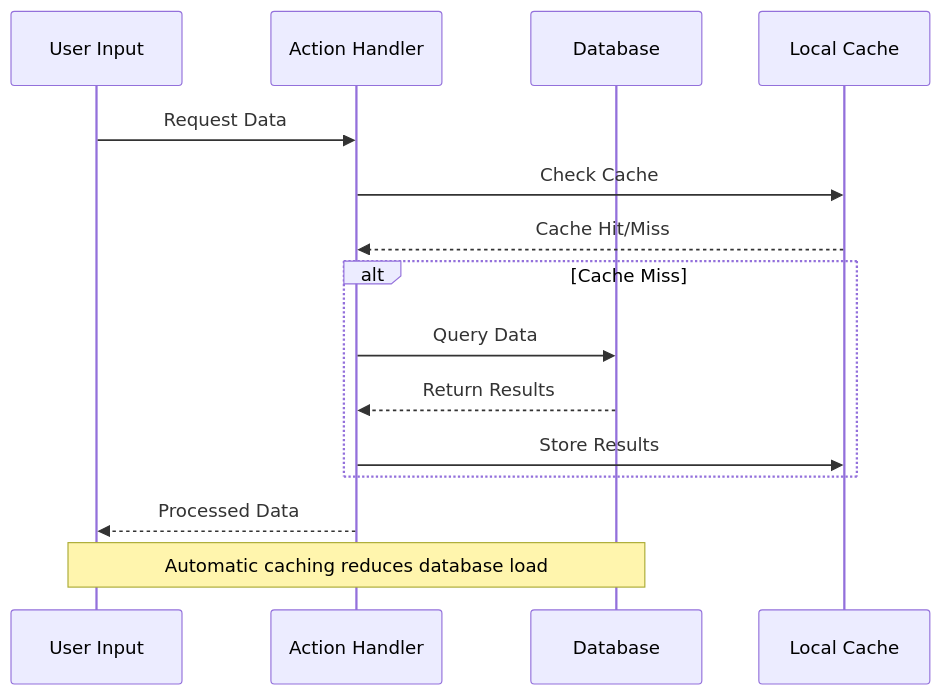
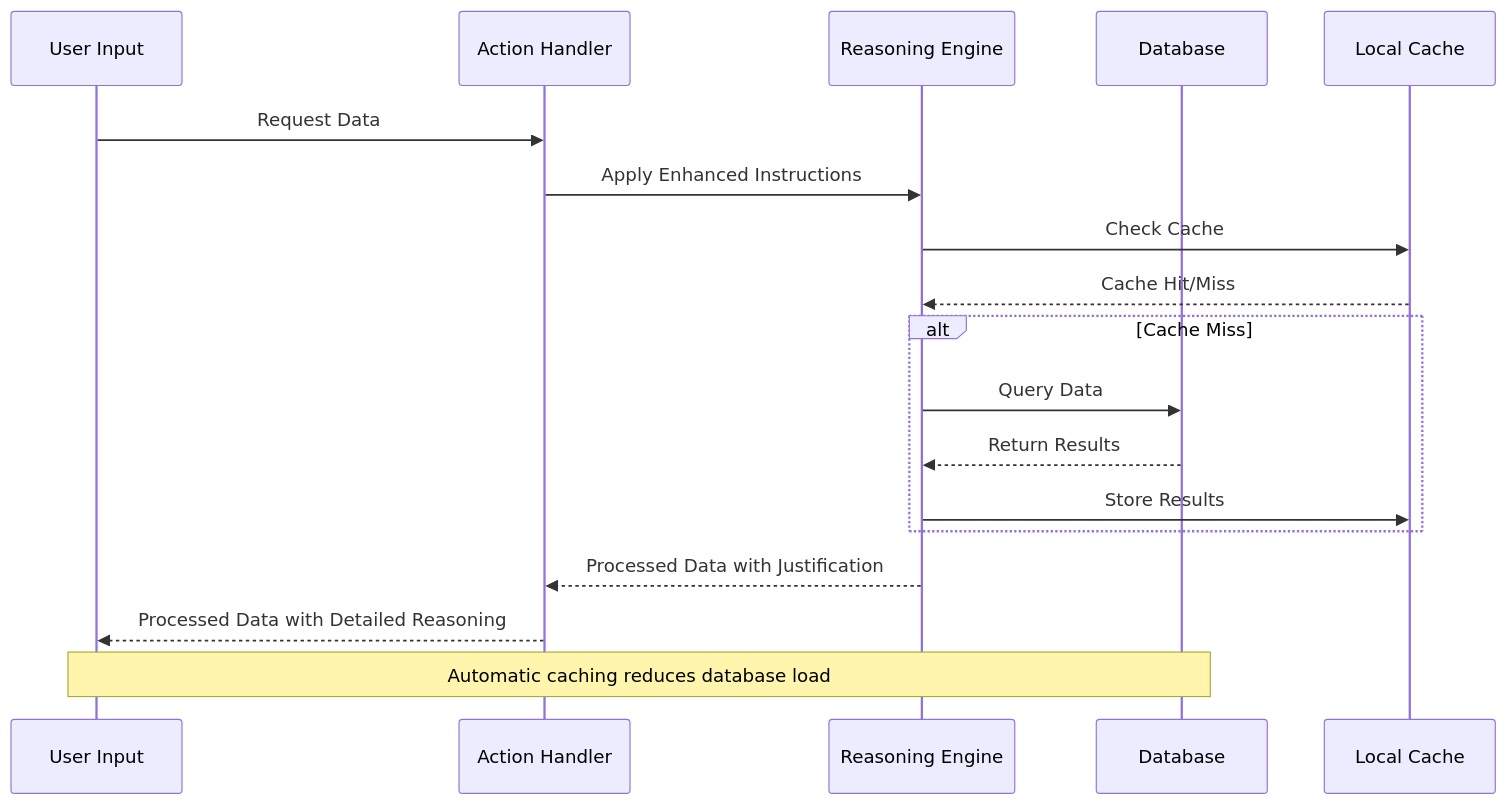
The eighth of 10 diagrams in .qoder/repowiki/en/content/API Reference/Copilot Integration Endpoints.md (peixuanhu/goal-mate), drawn with Mermaid before and after one commit. The commit also changed other lines of this file and 10 other files, not shown here.

````diff
--- a/.qoder/repowiki/en/content/API Reference/Copilot Integration Endpoints.md
+++ b/.qoder/repowiki/en/content/API Reference/Copilot Integration Endpoints.md
@@ -448,17 +499,20 @@
 ```mermaid
 sequenceDiagram
 participant User as User Input
 participant Action as Action Handler
+participant Reasoning as Reasoning Engine
 participant DB as Database
 participant Cache as Local Cache
 User->>Action : Request Data
-Action->>Cache : Check Cache
-Cache-->>Action : Cache Hit/Miss
+Action->>Reasoning : Apply Enhanced Instructions
+Reasoning->>Cache : Check Cache
+Cache-->>Reasoning : Cache Hit/Miss
 alt Cache Miss
-Action->>DB : Query Data
-DB-->>Action : Return Results
-Action->>Cache : Store Results
+Reasoning->>DB : Query Data
+DB-->>Reasoning : Return Results
+Reasoning->>Cache : Store Results
 end
-Action-->>User : Processed Data
+Reasoning-->>Action : Processed Data with Justification
+Action-->>User : Processed Data with Detailed Reasoning
 Note over User,DB : Automatic caching reduces database load
 ```
````
